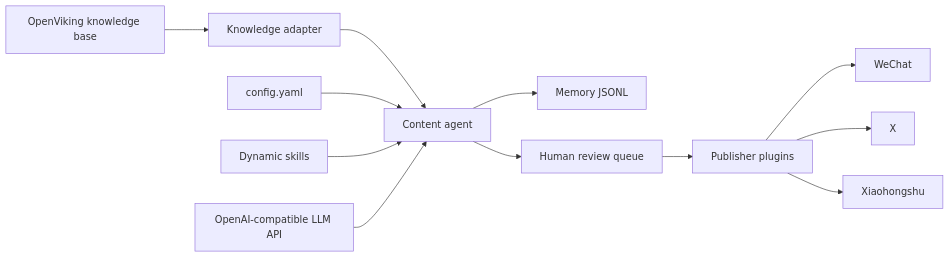
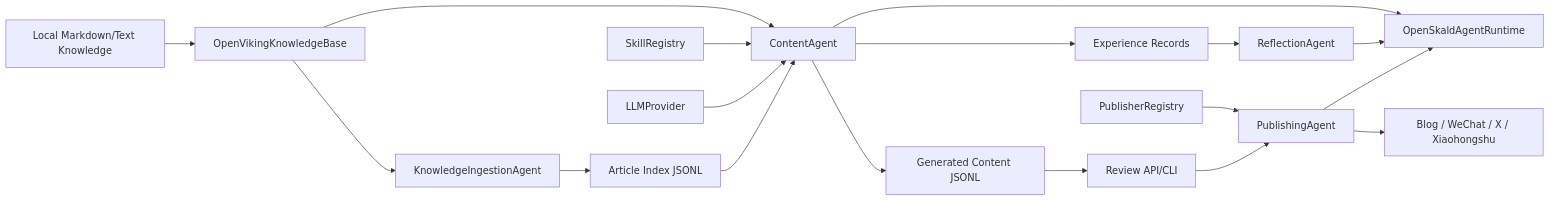
Before and after one commit to ideazw/OpenSkald: the diagram in docs/ARCHITECTURE.md, drawn with Mermaid. The commit also changed other lines of this file and 8 other files, not shown here.

````diff
--- a/docs/ARCHITECTURE.md
+++ b/docs/ARCHITECTURE.md
@@ -11,14 +12,20 @@
 ```mermaid
 flowchart LR
-  KB["OpenViking knowledge base"] --> K["Knowledge adapter"]
-  K --> A["Content agent"]
-  C["config.yaml"] --> A
-  S["Dynamic skills"] --> A
-  L["OpenAI-compatible LLM API"] --> A
-  A --> M["Memory JSONL"]
-  A --> R["Human review queue"]
-  R --> P["Publisher plugins"]
-  P --> W["WeChat"]
-  P --> X["X"]
-  P --> XHS["Xiaohongshu"]
+  KB["Local Markdown/Text Knowledge"] --> K["OpenVikingKnowledgeBase"]
+  K --> KI["KnowledgeIngestionAgent"]
+  KI --> AM["Article Index JSONL"]
+  AM --> C["ContentAgent"]
+  K --> C
+  S["SkillRegistry"] --> C
+  L["LLMProvider"] --> C
+  C --> CM["Generated Content JSONL"]
+  C --> ER["Experience Records"]
+  CM --> R["Review API/CLI"]
+  R --> P["PublishingAgent"]
+  PR["PublisherRegistry"] --> P
+  P --> OUT["Blog / WeChat / X / Xiaohongshu"]
+  ER --> REF["ReflectionAgent"]
+  C --> RT["OpenSkaldAgentRuntime"]
+  P --> RT
+  REF --> RT
 ```
````
